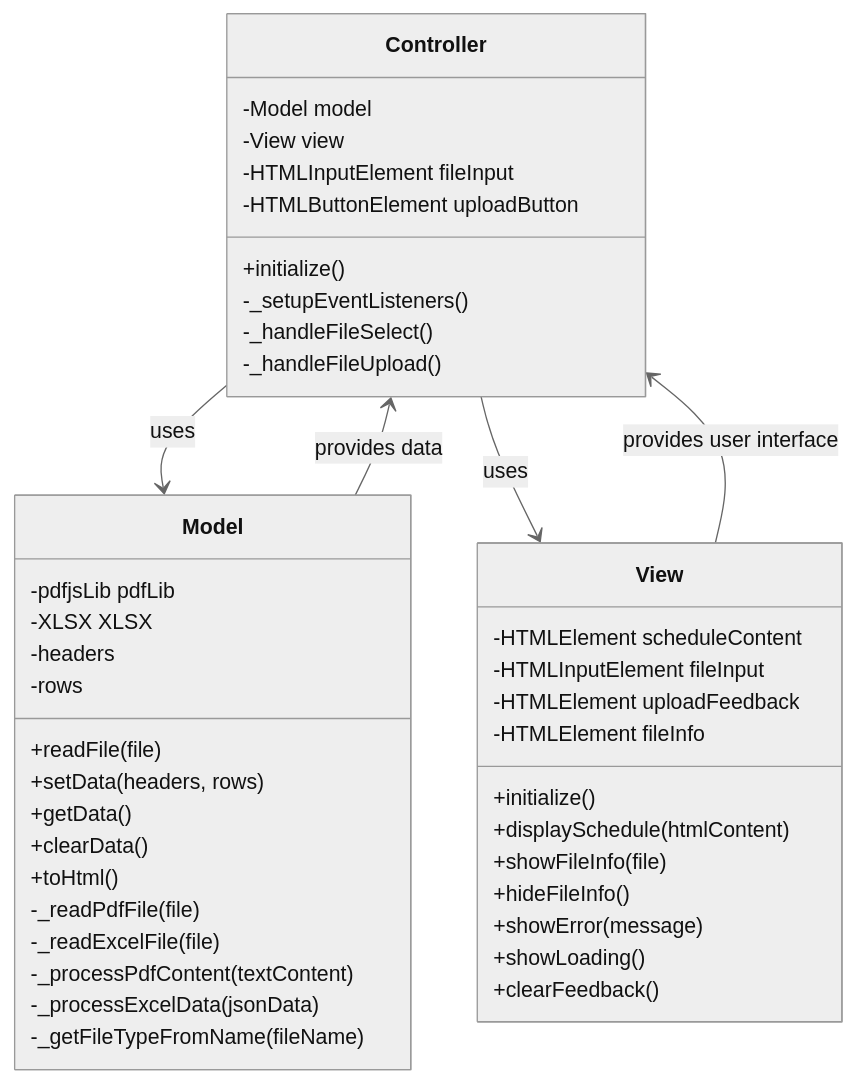
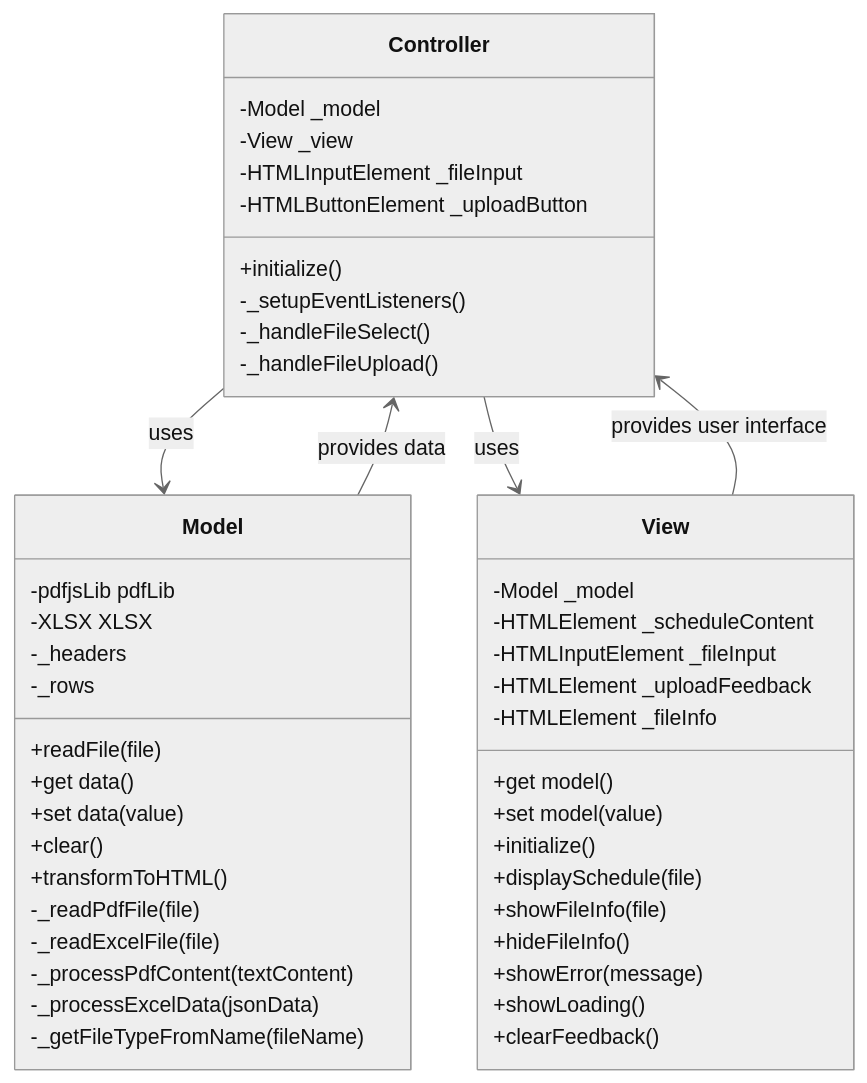
Before and after one commit to ahmetcankaratas/transformer: the first of 4 diagrams in HW1/JavaScript/README.md, drawn with Mermaid (neutral theme). The commit also changed other lines of this file and 3 other files, not shown here.

Commit message:
improve usage of get and set methods

````diff
--- a/HW1/JavaScript/README.md
+++ b/HW1/JavaScript/README.md
@@ -29,49 +29,52 @@
 ```mermaid
 classDiagram
     Controller --> Model : uses
     Controller --> View : uses
     Model --> Controller : provides data
     View --> Controller : provides user interface
 
     class Controller {
-        -Model model
-        -View view
-        -HTMLInputElement fileInput
-        -HTMLButtonElement uploadButton
+        -Model _model
+        -View _view
+        -HTMLInputElement _fileInput
+        -HTMLButtonElement _uploadButton
         +initialize()
         -_setupEventListeners()
         -_handleFileSelect()
         -_handleFileUpload()
     }
 
     class Model {
         -pdfjsLib pdfLib
         -XLSX XLSX
-        -headers
-        -rows
+        -_headers
+        -_rows
         +readFile(file)
-        +setData(headers, rows)
-        +getData()
-        +clearData()
-        +toHtml()
+        +get data()
+        +set data(value)
+        +clear()
+        +transformToHTML()
         -_readPdfFile(file)
         -_readExcelFile(file)
         -_processPdfContent(textContent)
         -_processExcelData(jsonData)
         -_getFileTypeFromName(fileName)
     }
 
     class View {
-        -HTMLElement scheduleContent
-        -HTMLInputElement fileInput
-        -HTMLElement uploadFeedback
-        -HTMLElement fileInfo
+        -Model _model
+        -HTMLElement _scheduleContent
+        -HTMLInputElement _fileInput
+        -HTMLElement _uploadFeedback
+        -HTMLElement _fileInfo
+        +get model()
+        +set model(value)
         +initialize()
-        +displaySchedule(htmlContent)
+        +displaySchedule(file)
         +showFileInfo(file)
         +hideFileInfo()
         +showError(message)
         +showLoading()
         +clearFeedback()
     }
 ```
````
